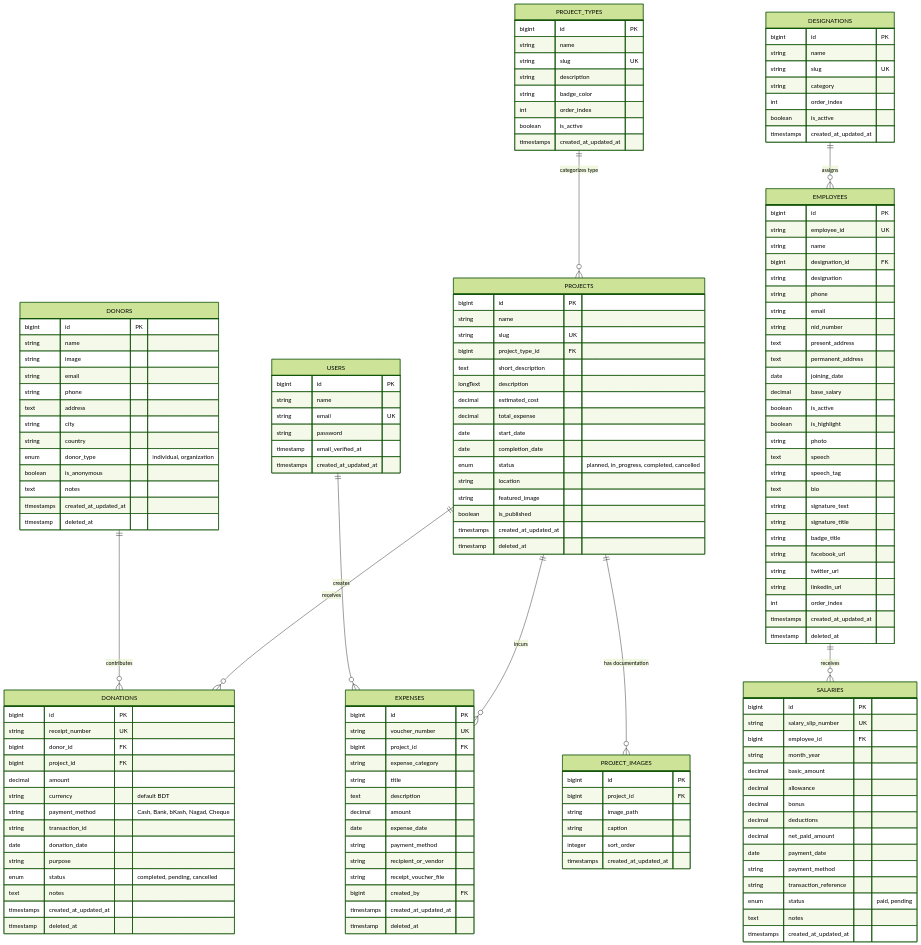
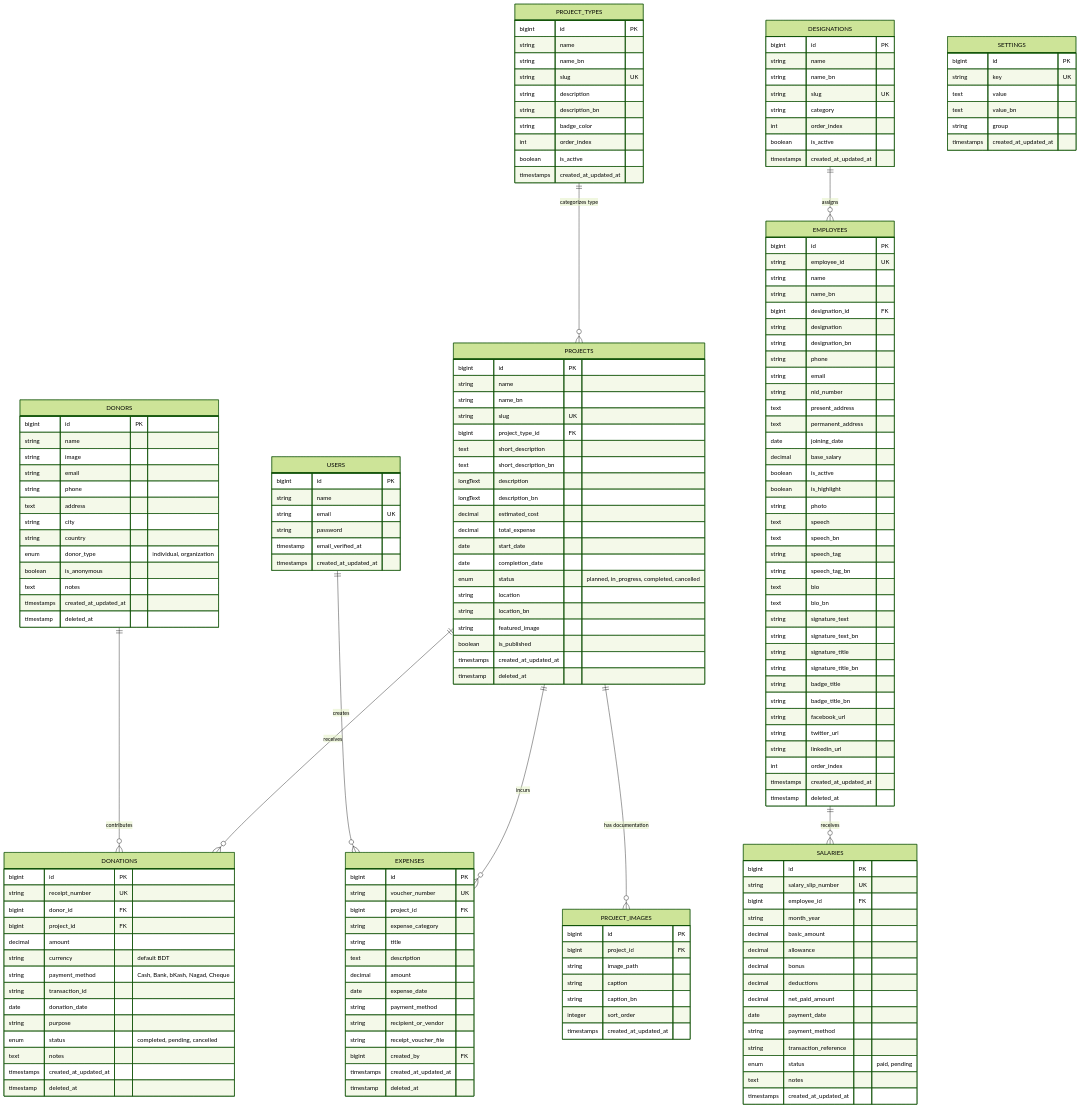
The diagram in docs/database_design.md (sazal-inceptia/shanti-nagar-foundation), drawn with Mermaid (forest theme) before and after one commit. The commit also changed other lines of this file and 59 other files, not shown here.

````diff
--- a/docs/database_design.md
+++ b/docs/database_design.md
@@ -21,8 +21,10 @@
     PROJECT_TYPES {
         bigint id PK
         string name
+        string name_bn
         string slug UK
         string description
+        string description_bn
         string badge_color
         int order_index
         boolean is_active
@@ -32,6 +34,7 @@
     DESIGNATIONS {
         bigint id PK
         string name
+        string name_bn
         string slug UK
         string category
         int order_index
@@ -67,16 +70,20 @@
     PROJECTS {
         bigint id PK
         string name
+        string name_bn
         string slug UK
         bigint project_type_id FK
         text short_description
+        text short_description_bn
         longText description
+        longText description_bn
         decimal estimated_cost
         decimal total_expense
         date start_date
         date completion_date
         enum status "planned, in_progress, completed, cancelled"
         string location
+        string location_bn
         string featured_image
         boolean is_published
         timestamps created_at_updated_at
@@ -88,6 +95,7 @@
         bigint project_id FK
         string image_path
         string caption
+        string caption_bn
         integer sort_order
         timestamps created_at_updated_at
     }
@@ -130,8 +138,10 @@
         bigint id PK
         string employee_id UK
         string name
+        string name_bn
         bigint designation_id FK
         string designation
+        string designation_bn
         string phone
         string email
         string nid_number
@@ -143,11 +153,17 @@
         boolean is_highlight
         string photo
         text speech
+        text speech_bn
         string speech_tag
+        string speech_tag_bn
         text bio
+        text bio_bn
         string signature_text
+        string signature_text_bn
         string signature_title
+        string signature_title_bn
         string badge_title
+        string badge_title_bn
         string facebook_url
         string twitter_url
         string linkedin_url
@@ -173,4 +189,13 @@
         text notes
         timestamps created_at_updated_at
     }
+
+    SETTINGS {
+        bigint id PK
+        string key UK
+        text value
+        text value_bn
+        string group
+        timestamps created_at_updated_at
+    }
 ```
````
